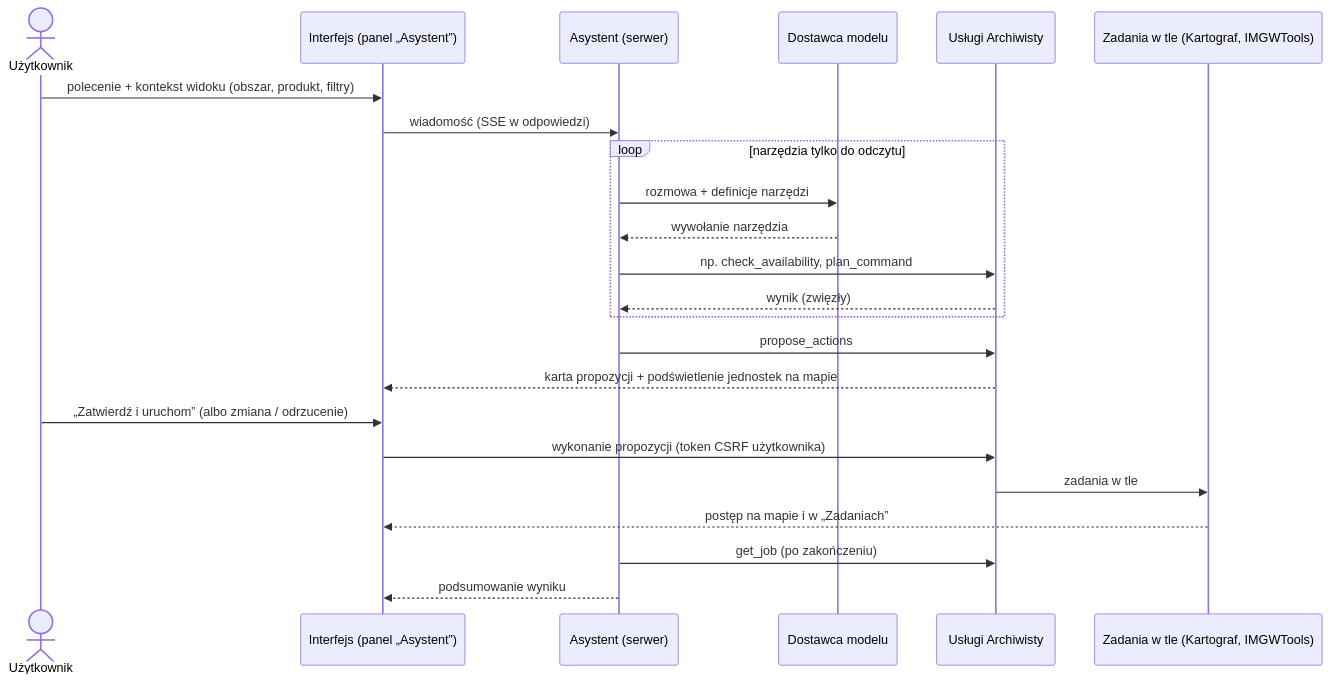
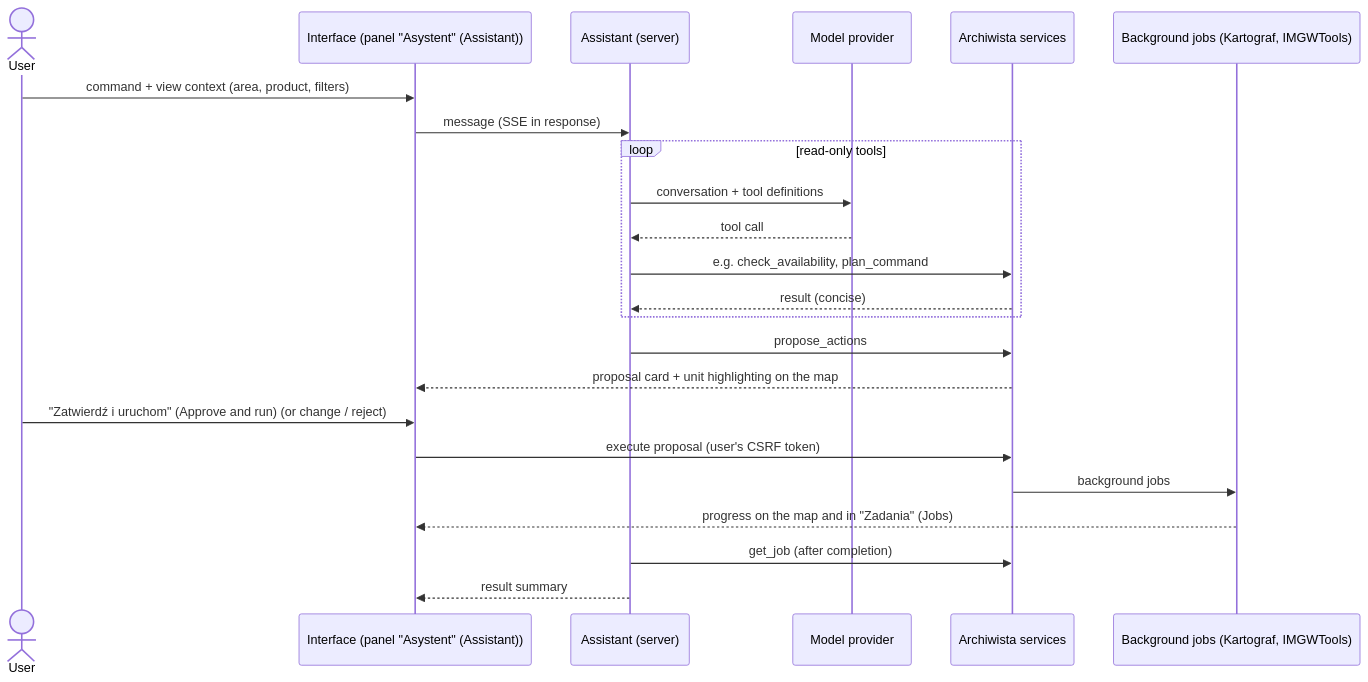
One commit to Daldek/Archiwista changed the second of 2 diagrams in docs/SPEC.md. Above: the diagram before and after it, drawn with Mermaid. The commit also changed other lines of this file, not shown here.

````diff
--- a/docs/SPEC.md
+++ b/docs/SPEC.md
@@ -2393,25 +2318,25 @@
 ```mermaid
 sequenceDiagram
-  actor U as Użytkownik
-  participant UI as Interfejs (panel „Asystent”)
-  participant AS as Asystent (serwer)
-  participant M as Dostawca modelu
-  participant API as Usługi Archiwisty
-  participant J as Zadania w tle (Kartograf, IMGWTools)
-  U->>UI: polecenie + kontekst widoku (obszar, produkt, filtry)
-  UI->>AS: wiadomość (SSE w odpowiedzi)
-  loop narzędzia tylko do odczytu
-    AS->>M: rozmowa + definicje narzędzi
-    M-->>AS: wywołanie narzędzia
-    AS->>API: np. check_availability, plan_command
-    API-->>AS: wynik (zwięzły)
+  actor U as User
+  participant UI as Interface (panel "Asystent" (Assistant))
+  participant AS as Assistant (server)
+  participant M as Model provider
+  participant API as Archiwista services
+  participant J as Background jobs (Kartograf, IMGWTools)
+  U->>UI: command + view context (area, product, filters)
+  UI->>AS: message (SSE in response)
+  loop read-only tools
+    AS->>M: conversation + tool definitions
+    M-->>AS: tool call
+    AS->>API: e.g. check_availability, plan_command
+    API-->>AS: result (concise)
   end
   AS->>API: propose_actions
-  API-->>UI: karta propozycji + podświetlenie jednostek na mapie
-  U->>UI: „Zatwierdź i uruchom” (albo zmiana / odrzucenie)
-  UI->>API: wykonanie propozycji (token CSRF użytkownika)
-  API->>J: zadania w tle
-  J-->>UI: postęp na mapie i w „Zadaniach”
-  AS->>API: get_job (po zakończeniu)
-  AS-->>UI: podsumowanie wyniku
+  API-->>UI: proposal card + unit highlighting on the map
+  U->>UI: "Zatwierdź i uruchom" (Approve and run) (or change / reject)
+  UI->>API: execute proposal (user's CSRF token)
+  API->>J: background jobs
+  J-->>UI: progress on the map and in "Zadania" (Jobs)
+  AS->>API: get_job (after completion)
+  AS-->>UI: result summary
 ```
````
